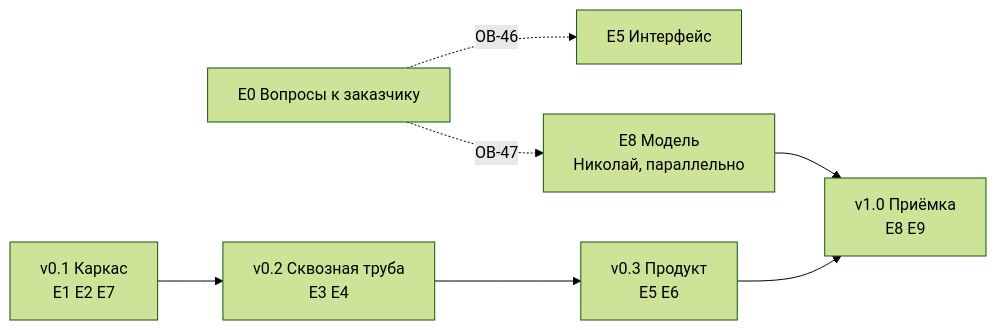
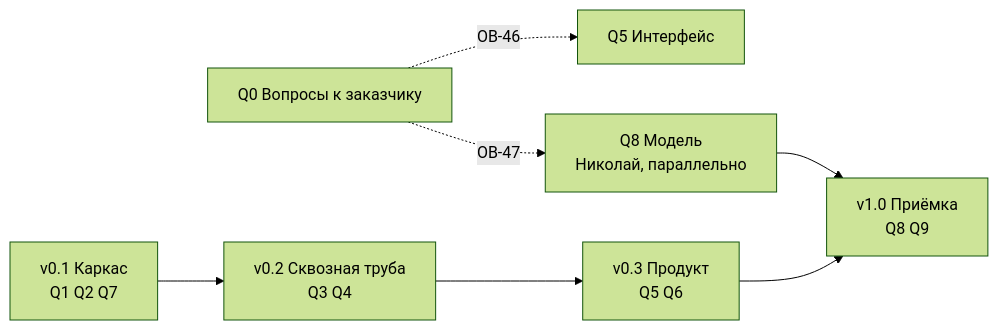
One commit to miroslavabogatyreva/moskollektor changed the diagram in docs/plan.md. Above: the diagram before and after it, drawn with Mermaid (forest theme). The commit also changed other lines of this file and 2 other files, not shown here.

````diff
--- a/docs/plan.md
+++ b/docs/plan.md
@@ -103,10 +103,10 @@
 ```mermaid
 flowchart LR
-    E0["E0 Вопросы к заказчику"] -.->|"ОВ-46"| E5
-    E0 -.->|"ОВ-47"| E8
-    V1["v0.1 Каркас<br/>E1 E2 E7"] --> V2["v0.2 Сквозная труба<br/>E3 E4"]
-    V2 --> V3["v0.3 Продукт<br/>E5 E6"]
-    V3 --> V4["v1.0 Приёмка<br/>E8 E9"]
-    E8["E8 Модель<br/>Николай, параллельно"] --> V4
-    E5["E5 Интерфейс"]
+    Q0["Q0 Вопросы к заказчику"] -.->|"ОВ-46"| Q5
+    Q0 -.->|"ОВ-47"| Q8
+    V1["v0.1 Каркас<br/>Q1 Q2 Q7"] --> V2["v0.2 Сквозная труба<br/>Q3 Q4"]
+    V2 --> V3["v0.3 Продукт<br/>Q5 Q6"]
+    V3 --> V4["v1.0 Приёмка<br/>Q8 Q9"]
+    Q8["Q8 Модель<br/>Николай, параллельно"] --> V4
+    Q5["Q5 Интерфейс"]
 ```
````
